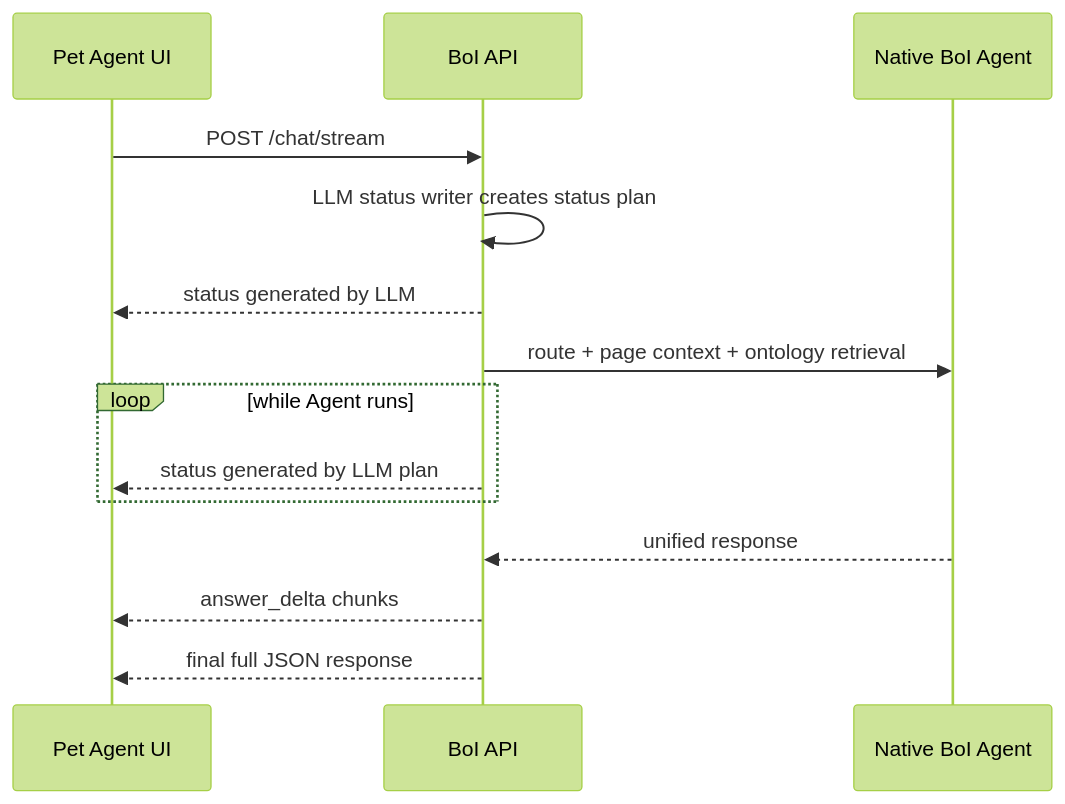
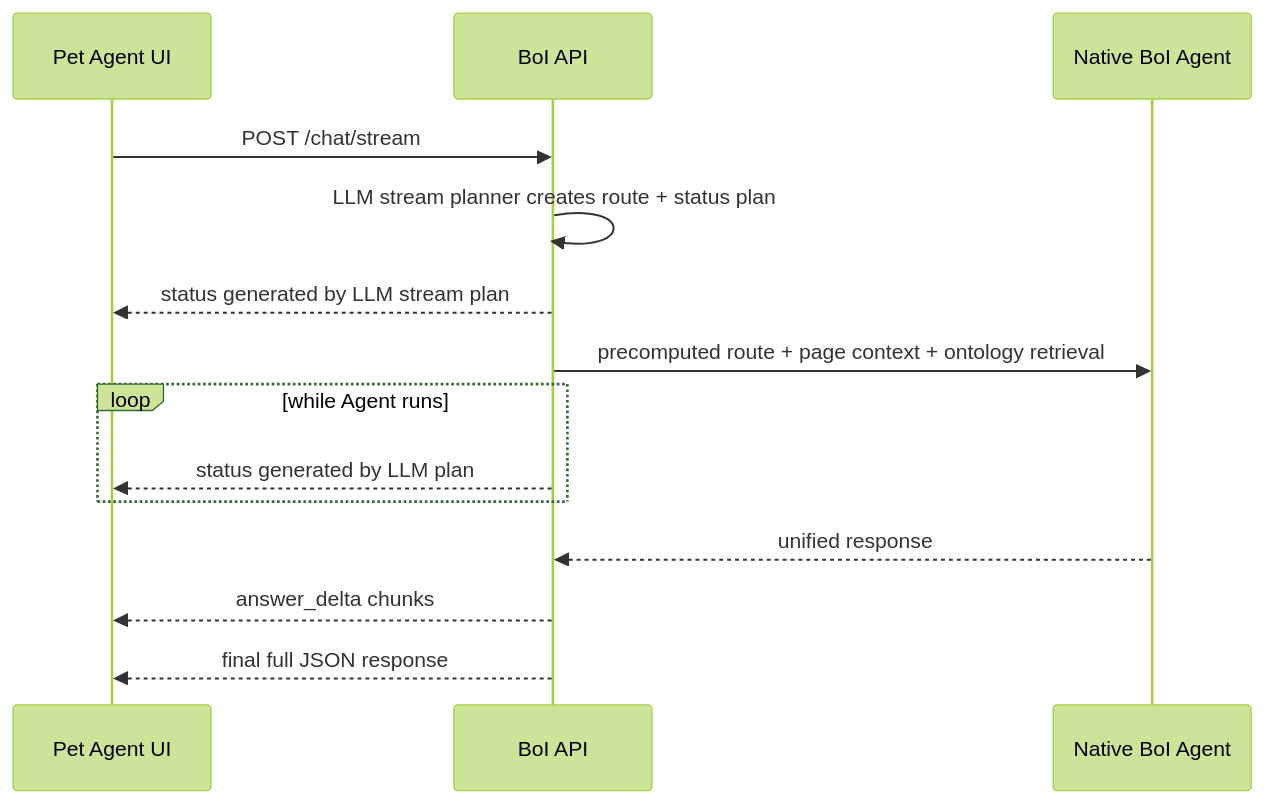
One commit to chokukil/boi-wiki changed the second of 2 diagrams in data/boi/public/boi-wiki-manual/agent/native-boi-agent-architecture.md. Above: the diagram before and after it, drawn with Mermaid (forest theme). The commit also changed other lines of this file and 5 other files, not shown here.

Commit message:
Use single LLM stream plan for BoI Agent SSE

````diff
--- a/data/boi/public/boi-wiki-manual/agent/native-boi-agent-architecture.md
+++ b/data/boi/public/boi-wiki-manual/agent/native-boi-agent-architecture.md
@@ -81,17 +81,17 @@
 ```mermaid
 sequenceDiagram
   participant UI as Pet Agent UI
   participant API as BoI API
   participant Agent as Native BoI Agent
 
   UI->>API: POST /chat/stream
-  API->>API: LLM status writer creates status plan
-  API-->>UI: status generated by LLM
-  API->>Agent: route + page context + ontology retrieval
+  API->>API: LLM stream planner creates route + status plan
+  API-->>UI: status generated by LLM stream plan
+  API->>Agent: precomputed route + page context + ontology retrieval
   loop while Agent runs
     API-->>UI: status generated by LLM plan
   end
   Agent-->>API: unified response
   API-->>UI: answer_delta chunks
   API-->>UI: final full JSON response
 ```
````
